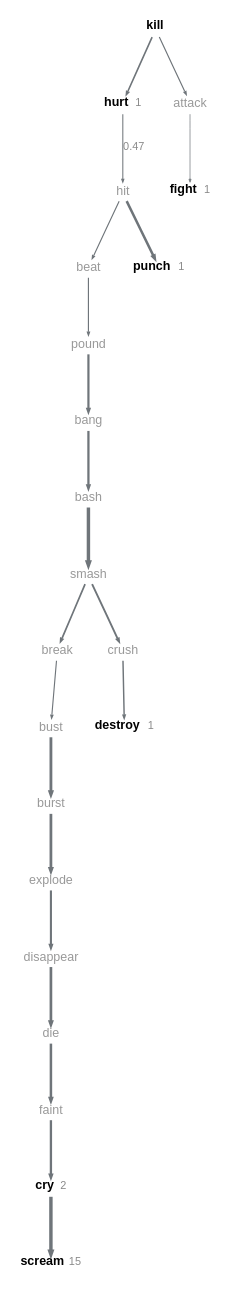
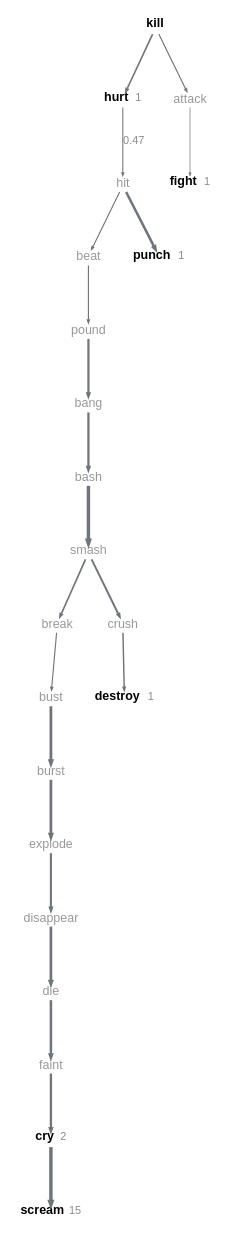
One commit to quadrismegistus/malignment changed the diagram in experiments/displacement/chain_of_connections/figures/ci_chain_argmax_n1.dot. Above: the diagram before and after it, drawn with Graphviz. The commit also changed 28 other files, not shown here.

```diff
--- a/experiments/displacement/chain_of_connections/figures/ci_chain_argmax_n1.dot
+++ b/experiments/displacement/chain_of_connections/figures/ci_chain_argmax_n1.dot
@@ -1,48 +1,48 @@
 digraph {
   graph [bgcolor=white margin=0.02];
-  node [shape=plaintext fontname="Arial" fontsize=8.0 height=0.16 width=0.01 margin="0.01,0.005"];
+  node [shape=plaintext fontname="Arial" fontsize=8.0 height=0.14 width=0.01 margin="0.01,0.005"];
   edge [arrowsize=0.2 color="#6f757a"];
-  "kill" [label=<<B>kill</B>> pos="56.0,348.5!"];
-  "hurt" [label=<<B>hurt</B> <FONT POINT-SIZE="7" COLOR="#8a8a8a">1</FONT>> pos="56.0,311.0!"];
-  "hit" [label="hit" fontcolor="#999999" pos="56.0,273.6!"];
-  "beat" [label="beat" fontcolor="#999999" pos="56.0,236.2!"];
-  "pound" [label="pound" fontcolor="#999999" pos="56.0,198.7!"];
-  "bang" [label="bang" fontcolor="#999999" pos="56.0,161.3!"];
-  "bash" [label="bash" fontcolor="#999999" pos="56.0,123.8!"];
-  "smash" [label="smash" fontcolor="#999999" pos="56.0,86.4!"];
-  "break" [label="break" fontcolor="#999999" pos="286.0,11.5!"];
-  "bust" [label="bust" fontcolor="#999999" pos="286.0,49.0!"];
-  "burst" [label="burst" fontcolor="#999999" pos="286.0,86.4!"];
-  "explode" [label="explode" fontcolor="#999999" pos="286.0,123.8!"];
-  "disappear" [label="disappear" fontcolor="#999999" pos="286.0,161.3!"];
-  "die" [label="die" fontcolor="#999999" pos="286.0,198.7!"];
-  "faint" [label="faint" fontcolor="#999999" pos="286.0,236.2!"];
-  "cry" [label=<<B>cry</B> <FONT POINT-SIZE="7" COLOR="#8a8a8a">2</FONT>> pos="286.0,273.6!"];
-  "scream" [label=<<B>scream</B> <FONT POINT-SIZE="7" COLOR="#8a8a8a">15</FONT>> pos="286.0,311.0!"];
-  "crush" [label="crush" fontcolor="#999999" pos="25.7,49.0!"];
-  "destroy" [label=<<B>destroy</B> <FONT POINT-SIZE="7" COLOR="#8a8a8a">1</FONT>> pos="25.7,11.5!"];
-  "punch" [label=<<B>punch</B> <FONT POINT-SIZE="7" COLOR="#8a8a8a">1</FONT>> pos="25.7,236.2!"];
-  "attack" [label="attack" fontcolor="#999999" pos="25.7,311.0!"];
-  "fight" [label=<<B>fight</B> <FONT POINT-SIZE="7" COLOR="#8a8a8a">1</FONT>> pos="25.7,273.6!"];
+  "kill" [label=<<B>kill</B>> pos="16.0,116.6!"];
+  "hurt" [label=<<B>hurt</B> <FONT POINT-SIZE="7" COLOR="#8a8a8a">1</FONT>> pos="88.1,116.6!"];
+  "hit" [label="hit" fontcolor="#999999" pos="158.1,116.6!"];
+  "beat" [label="beat" fontcolor="#999999" pos="223.6,116.6!"];
+  "pound" [label="pound" fontcolor="#999999" pos="293.6,116.6!"];
+  "burst" [label="burst" fontcolor="#999999" pos="18.2,74.9!"];
+  "bust" [label="bust" fontcolor="#999999" pos="73.7,74.9!"];
+  "break" [label="break" fontcolor="#999999" pos="129.2,74.9!"];
+  "smash" [label="smash" fontcolor="#999999" pos="186.9,74.9!"];
+  "bash" [label="bash" fontcolor="#999999" pos="242.4,74.9!"];
+  "bang" [label="bang" fontcolor="#999999" pos="295.8,74.9!"];
+  "explode" [label="explode" fontcolor="#999999" pos="22.6,33.1!"];
+  "disappear" [label="disappear" fontcolor="#999999" pos="83.8,33.1!"];
+  "die" [label="die" fontcolor="#999999" pos="136.3,33.1!"];
+  "faint" [label="faint" fontcolor="#999999" pos="179.9,33.1!"];
+  "cry" [label=<<B>cry</B> <FONT POINT-SIZE="7" COLOR="#8a8a8a">2</FONT>> pos="227.9,33.1!"];
+  "scream" [label=<<B>scream</B> <FONT POINT-SIZE="7" COLOR="#8a8a8a">15</FONT>> pos="284.8,33.1!"];
+  "crush" [label="crush" fontcolor="#999999" pos="161.5,57.6!"];
+  "destroy" [label=<<B>destroy</B> <FONT POINT-SIZE="7" COLOR="#8a8a8a">1</FONT>> pos="107.5,57.6!"];
+  "punch" [label=<<B>punch</B> <FONT POINT-SIZE="7" COLOR="#8a8a8a">1</FONT>> pos="187.9,99.4!"];
+  "attack" [label="attack" fontcolor="#999999" pos="43.6,99.4!"];
+  "fight" [label=<<B>fight</B> <FONT POINT-SIZE="7" COLOR="#8a8a8a">1</FONT>> pos="88.8,99.4!"];
   "attack" -> "fight" [penwidth=0.45];
   "bang" -> "bash" [penwidth=1.45];
   "bash" -> "smash" [penwidth=2.20];
   "beat" -> "pound" [penwidth=0.74];
   "break" -> "bust" [penwidth=0.72];
   "burst" -> "explode" [penwidth=1.76];
   "bust" -> "burst" [penwidth=1.81];
   "crush" -> "destroy" [penwidth=0.93];
   "cry" -> "scream" [penwidth=2.20];
   "die" -> "faint" [penwidth=1.61];
   "disappear" -> "die" [penwidth=1.72];
   "explode" -> "disappear" [penwidth=1.35];
   "faint" -> "cry" [penwidth=1.49];
   "hit" -> "beat" [penwidth=0.72];
   "hit" -> "punch" [penwidth=1.61];
   "hurt" -> "hit" [penwidth=0.66 label="0.47" fontname="Arial" fontsize=7 fontcolor="#8a8a8a"];
   "kill" -> "attack" [penwidth=0.74];
   "kill" -> "hurt" [penwidth=1.03];
   "pound" -> "bang" [penwidth=1.41];
   "smash" -> "break" [penwidth=1.10];
   "smash" -> "crush" [penwidth=1.22];
 }
```
